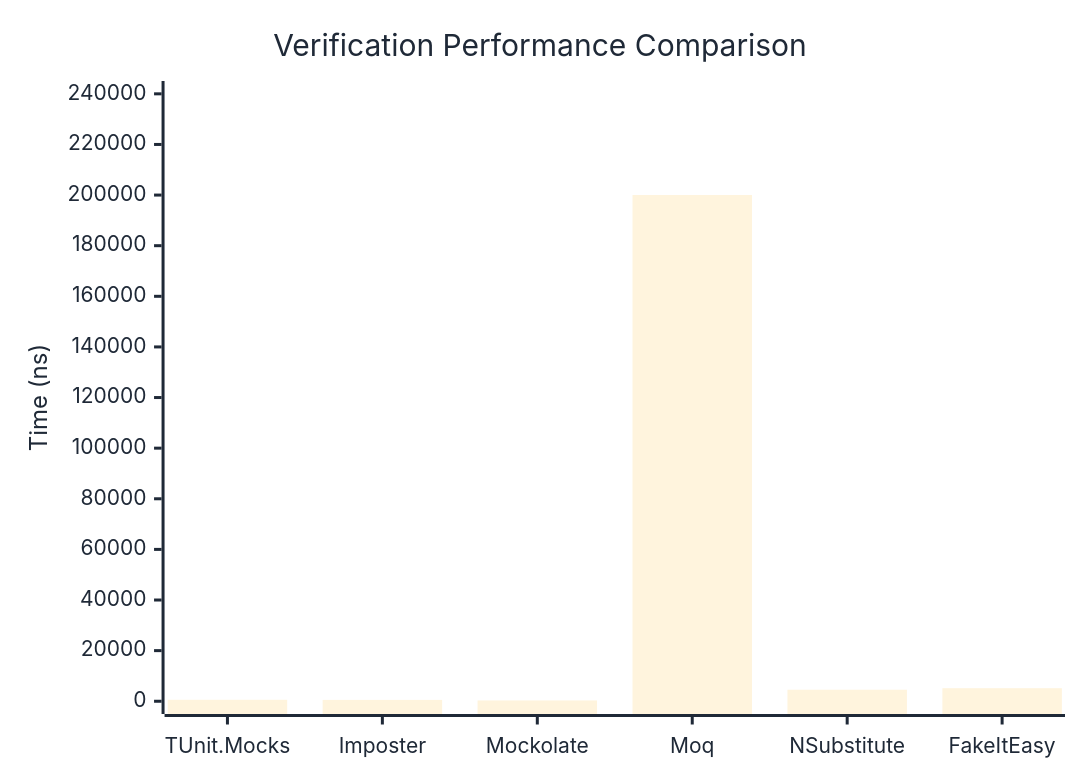
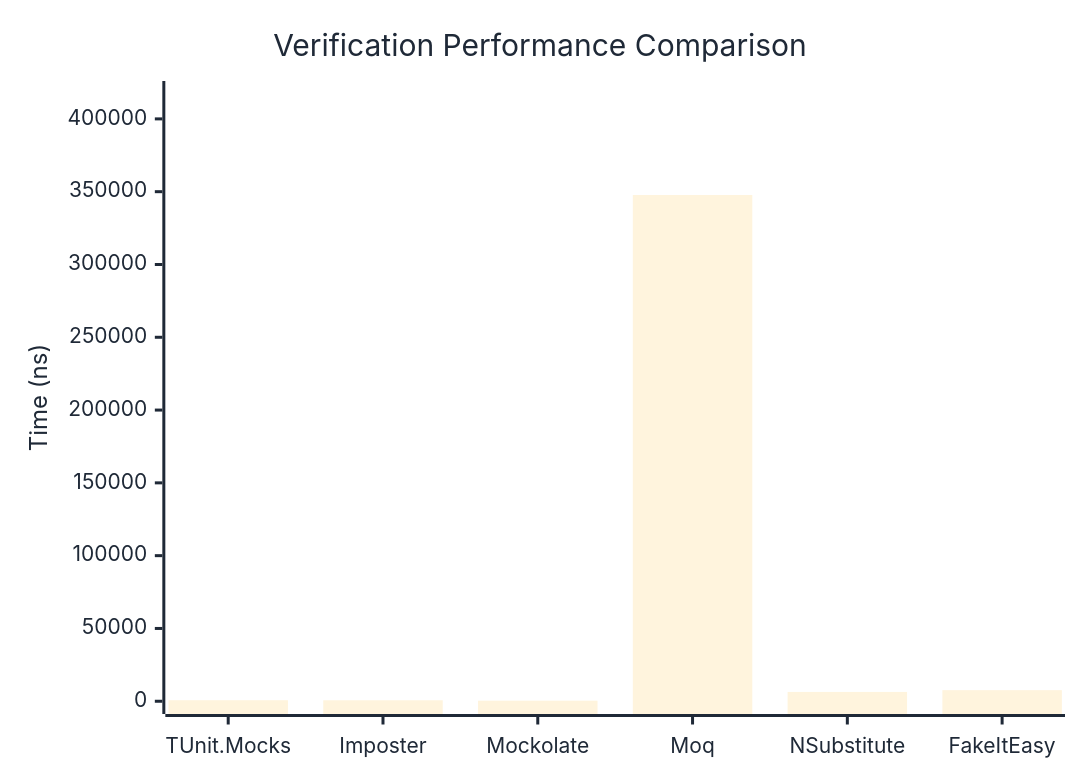
Before and after one commit to thomhurst/TUnit: the first of 3 diagrams in docs/docs/benchmarks/mocks/Verification.md, drawn with Mermaid. The commit also changed other lines of this file and 14 other files, not shown here.

````diff
--- a/docs/docs/benchmarks/mocks/Verification.md
+++ b/docs/docs/benchmarks/mocks/Verification.md
@@ -30,27 +30,27 @@
 ```mermaid
 %%{init: {
   'theme':'base',
   'themeVariables': {
     'primaryColor': '#2563eb',
     'primaryTextColor': '#1f2937',
     'primaryBorderColor': '#1e40af',
     'lineColor': '#6b7280',
     'secondaryColor': '#7c3aed',
     'tertiaryColor': '#dc2626',
     'background': '#ffffff',
     'pie1': '#2563eb',
     'pie2': '#7c3aed',
     'pie3': '#dc2626',
     'pie4': '#f59e0b',
     'pie5': '#10b981',
     'pie6': '#06b6d4',
     'pie7': '#ec4899',
     'pie8': '#6366f1'
   }
 }}%%
 xychart-beta
   title "Verification Performance Comparison"
   x-axis ["TUnit.Mocks", "Imposter", "Mockolate", "Moq", "NSubstitute", "FakeItEasy"]
-  y-axis "Time (ns)" 0 --> 240033
-  bar [578.27, 528.42, 311.99, 200027.16, 4554.16, 5154.37]
+  y-axis "Time (ns)" 0 --> 417267
+  bar [703.59, 668.67, 390.96, 347722, 6393.07, 7621.42]
 ```
````
